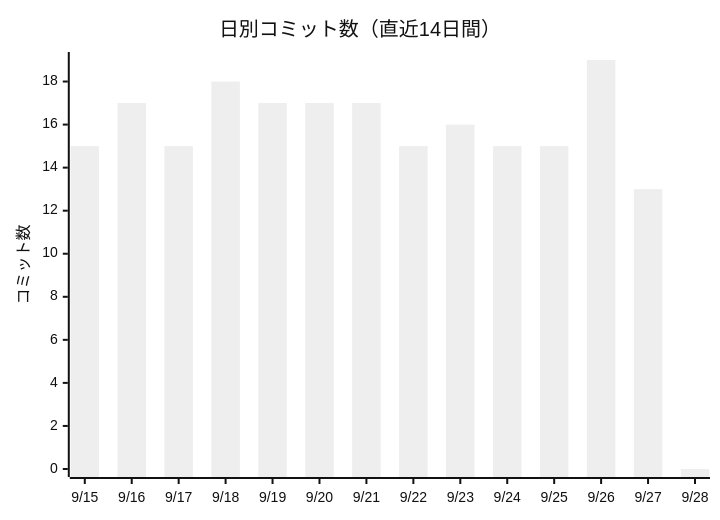
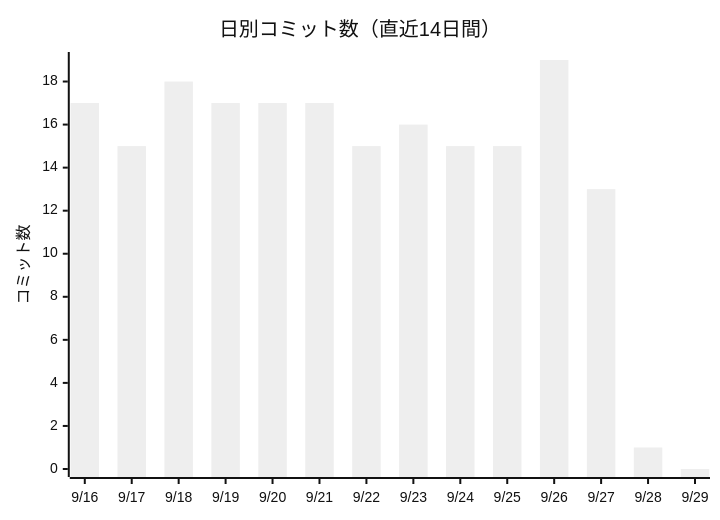
The first of 2 diagrams in docs/進化レポート.md (non-x2/non-x2), drawn with Mermaid (neutral theme) before and after one commit. The commit also changed other lines of this file and 2 other files, not shown here.

````diff
--- a/docs/進化レポート.md
+++ b/docs/進化レポート.md
@@ -23,7 +23,7 @@
 ```mermaid
 xychart-beta
     title "日別コミット数（直近14日間）"
-    x-axis ["9/15", "9/16", "9/17", "9/18", "9/19", "9/20", "9/21", "9/22", "9/23", "9/24", "9/25", "9/26", "9/27", "9/28"]
+    x-axis ["9/16", "9/17", "9/18", "9/19", "9/20", "9/21", "9/22", "9/23", "9/24", "9/25", "9/26", "9/27", "9/28", "9/29"]
     y-axis "コミット数"
-    bar [15, 17, 15, 18, 17, 17, 17, 15, 16, 15, 15, 19, 13, 0]
+    bar [17, 15, 18, 17, 17, 17, 15, 16, 15, 15, 19, 13, 1, 0]
 ```
````
